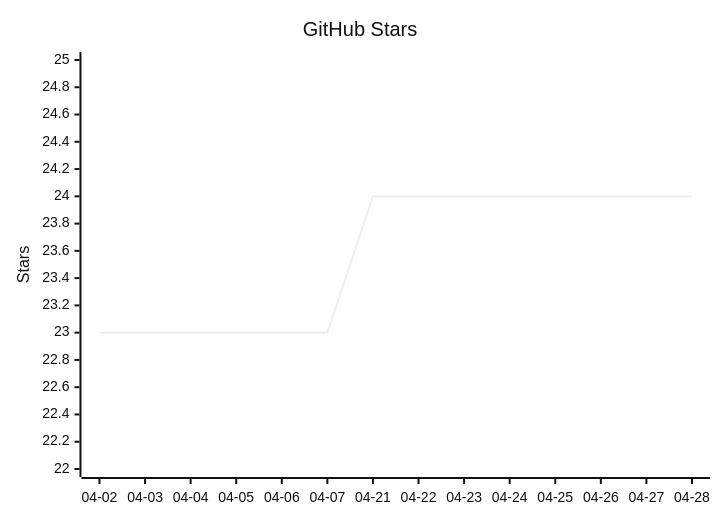
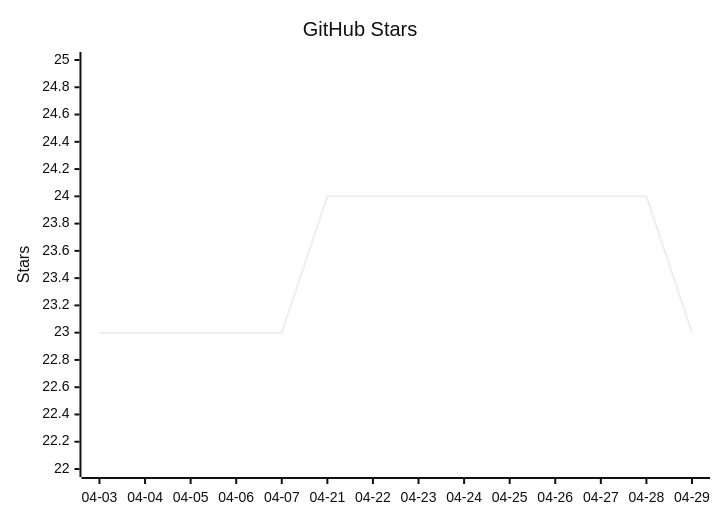
One commit to vectie/moonclaw changed the diagram in README.mbt.md. Above: the diagram before and after it, drawn with Mermaid (neutral theme). The commit also changed other lines of this file and 1 other file, not shown here.

Commit message:
Update README star growth

````diff
--- a/README.mbt.md
+++ b/README.mbt.md
@@ -489,7 +489,7 @@
 ```mermaid
 xychart-beta
     title "GitHub Stars"
-    x-axis ["04-02","04-03","04-04","04-05","04-06","04-07","04-21","04-22","04-23","04-24","04-25","04-26","04-27","04-28"]
+    x-axis ["04-03","04-04","04-05","04-06","04-07","04-21","04-22","04-23","04-24","04-25","04-26","04-27","04-28","04-29"]
     y-axis "Stars" 22 --> 25
-    line [23,23,23,23,23,23,24,24,24,24,24,24,24,24]
+    line [23,23,23,23,23,24,24,24,24,24,24,24,24,23]
 ```
````
